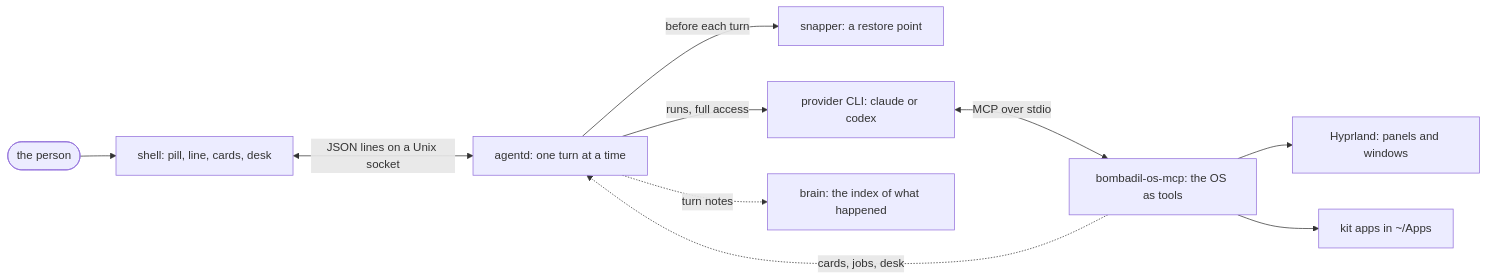
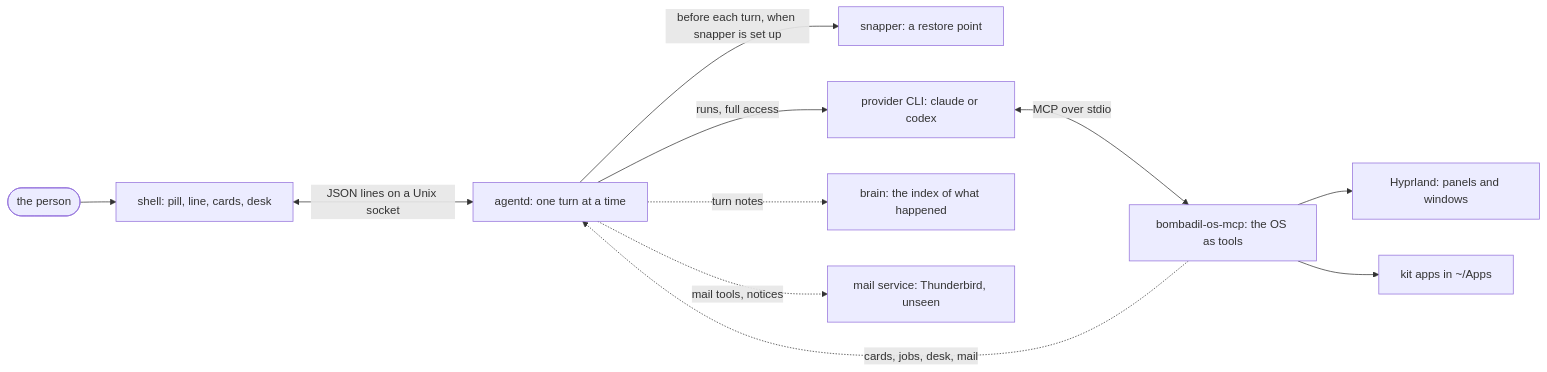
One commit to thedefaultman/Bombadil changed the first of 2 diagrams in docs/ARCHITECTURE.md. Above: the diagram before and after it, drawn with Mermaid. The commit also changed other lines of this file and 7 other files, not shown here.

````diff
--- a/docs/ARCHITECTURE.md
+++ b/docs/ARCHITECTURE.md
@@ -12,12 +12,13 @@
 ```mermaid
 flowchart LR
     person(["the person"]) --> shell["shell: pill, line, cards, desk"]
     shell <-->|"JSON lines on a Unix socket"| agentd["agentd: one turn at a time"]
-    agentd -->|"before each turn"| snap["snapper: a restore point"]
+    agentd -->|"before each turn, when snapper is set up"| snap["snapper: a restore point"]
     agentd -->|"runs, full access"| cli["provider CLI: claude or codex"]
     cli <-->|"MCP over stdio"| mcp["bombadil-os-mcp: the OS as tools"]
     mcp --> hypr["Hyprland: panels and windows"]
     mcp --> apps["kit apps in ~/Apps"]
-    mcp -.->|"cards, jobs, desk"| agentd
+    mcp -.->|"cards, jobs, desk, mail"| agentd
     agentd -.->|"turn notes"| brain["brain: the index of what happened"]
+    agentd -.->|"mail tools, notices"| mail["mail service: Thunderbird, unseen"]
 ```
````
